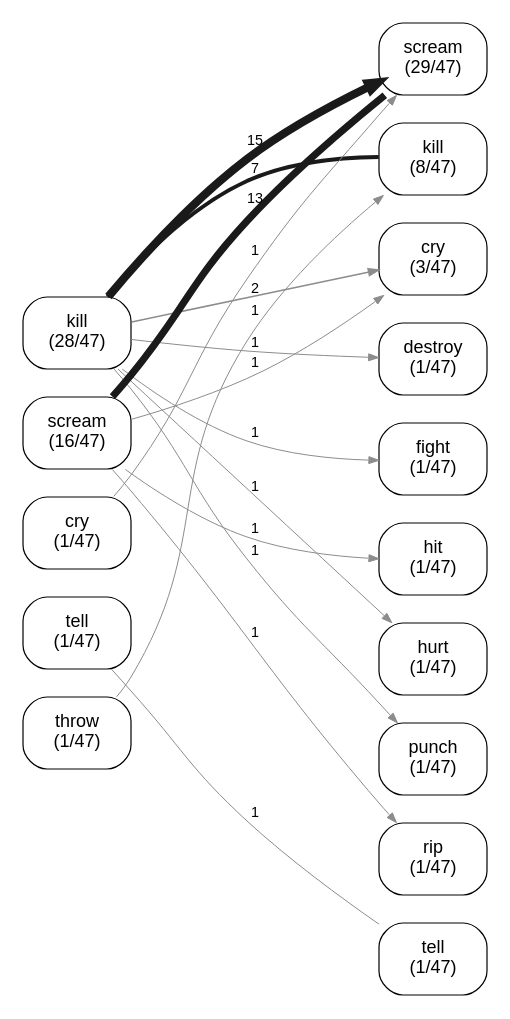
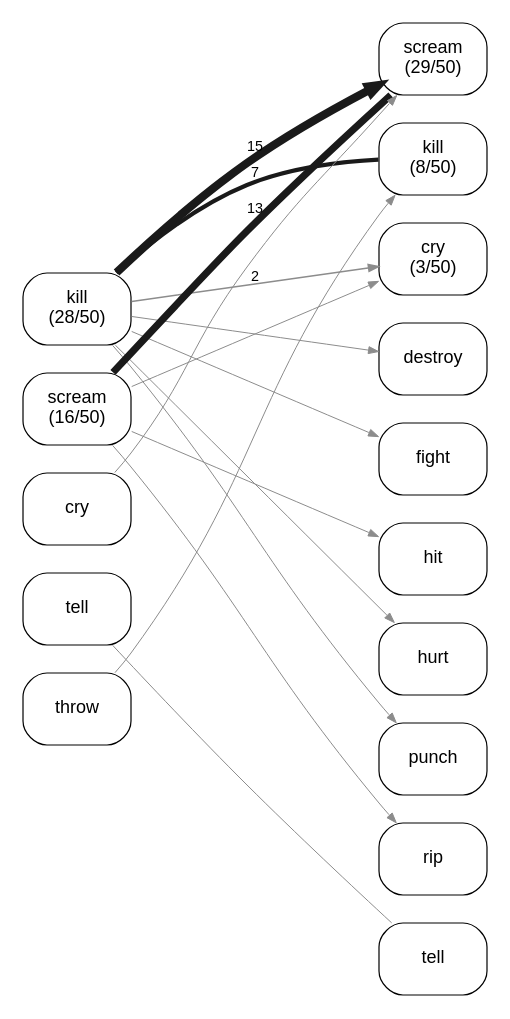
The diagram in experiments/displacement/substitution_shape/figures/lineage_graph_she_was_so_angry_she_flow.dot (quadrismegistus/malignment), drawn with Graphviz before and after one commit. The commit also changed 4 other files, not shown here.

```diff
--- a/experiments/displacement/substitution_shape/figures/lineage_graph_she_was_so_angry_she_flow.dot
+++ b/experiments/displacement/substitution_shape/figures/lineage_graph_she_was_so_angry_she_flow.dot
@@ -1,53 +1,53 @@
 digraph linflow {
   rankdir=LR; splines=true; overlap=false;
   size="4.8,12.48";
   bgcolor="white"; nodesep=0.10; ranksep=1.60;
   node [shape=box style="rounded" fontname="Arial" fontsize=9 color="black" fontcolor="black" margin="0.06,0.035" penwidth=0.6];
   edge [fontname="Arial" fontsize=7.2 color="#4d4d4d" penwidth=0.75 arrowsize=0.5];
   { rank=same;
-  "B_kill" [label="kill\n(28/47)"];
-  "B_scream" [label="scream\n(16/47)"];
-  "B_cry" [label="cry\n(1/47)"];
-  "B_tell" [label="tell\n(1/47)"];
-  "B_throw" [label="throw\n(1/47)"];
+  "B_kill" [label="kill\n(28/50)"];
+  "B_scream" [label="scream\n(16/50)"];
+  "B_cry" [label="cry"];
+  "B_tell" [label="tell"];
+  "B_throw" [label="throw"];
   }
   { rank=same;
-  "A_scream" [label="scream\n(29/47)"];
-  "A_kill" [label="kill\n(8/47)"];
-  "A_cry" [label="cry\n(3/47)"];
-  "A_destroy" [label="destroy\n(1/47)"];
-  "A_fight" [label="fight\n(1/47)"];
-  "A_hit" [label="hit\n(1/47)"];
-  "A_hurt" [label="hurt\n(1/47)"];
-  "A_punch" [label="punch\n(1/47)"];
-  "A_rip" [label="rip\n(1/47)"];
-  "A_tell" [label="tell\n(1/47)"];
+  "A_scream" [label="scream\n(29/50)"];
+  "A_kill" [label="kill\n(8/50)"];
+  "A_cry" [label="cry\n(3/50)"];
+  "A_destroy" [label="destroy"];
+  "A_fight" [label="fight"];
+  "A_hit" [label="hit"];
+  "A_hurt" [label="hurt"];
+  "A_punch" [label="punch"];
+  "A_rip" [label="rip"];
+  "A_tell" [label="tell"];
   }
   "B_kill" -> "B_scream" [style=invis];
   "B_scream" -> "B_cry" [style=invis];
   "B_cry" -> "B_tell" [style=invis];
   "B_tell" -> "B_throw" [style=invis];
   "A_scream" -> "A_kill" [style=invis];
   "A_kill" -> "A_cry" [style=invis];
   "A_cry" -> "A_destroy" [style=invis];
   "A_destroy" -> "A_fight" [style=invis];
   "A_fight" -> "A_hit" [style=invis];
   "A_hit" -> "A_hurt" [style=invis];
   "A_hurt" -> "A_punch" [style=invis];
   "A_punch" -> "A_rip" [style=invis];
   "A_rip" -> "A_tell" [style=invis];
   "B_kill" -> "A_scream" [penwidth=4.10 color="#1a1a1a" label="15"];
   "B_scream" -> "A_scream" [penwidth=3.59 color="#1a1a1a" arrowhead=none label="13"];
   "B_kill" -> "A_kill" [penwidth=2.04 color="#1a1a1a" arrowhead=none label="7"];
   "B_kill" -> "A_cry" [penwidth=0.76 color="#8c8c8c" label="2"];
-  "B_throw" -> "A_kill" [penwidth=0.50 color="#8c8c8c" label="1"];
-  "B_kill" -> "A_destroy" [penwidth=0.50 color="#8c8c8c" label="1"];
-  "B_scream" -> "A_hit" [penwidth=0.50 color="#8c8c8c" label="1"];
-  "B_scream" -> "A_cry" [penwidth=0.50 color="#8c8c8c" label="1"];
-  "B_kill" -> "A_punch" [penwidth=0.50 color="#8c8c8c" label="1"];
-  "B_kill" -> "A_fight" [penwidth=0.50 color="#8c8c8c" label="1"];
-  "B_scream" -> "A_rip" [penwidth=0.50 color="#8c8c8c" label="1"];
-  "B_tell" -> "A_tell" [penwidth=0.50 color="#8c8c8c" arrowhead=none label="1"];
-  "B_cry" -> "A_scream" [penwidth=0.50 color="#8c8c8c" label="1"];
-  "B_kill" -> "A_hurt" [penwidth=0.50 color="#8c8c8c" label="1"];
+  "B_throw" -> "A_kill" [penwidth=0.50 color="#8c8c8c"];
+  "B_kill" -> "A_destroy" [penwidth=0.50 color="#8c8c8c"];
+  "B_scream" -> "A_hit" [penwidth=0.50 color="#8c8c8c"];
+  "B_scream" -> "A_cry" [penwidth=0.50 color="#8c8c8c"];
+  "B_kill" -> "A_punch" [penwidth=0.50 color="#8c8c8c"];
+  "B_kill" -> "A_fight" [penwidth=0.50 color="#8c8c8c"];
+  "B_scream" -> "A_rip" [penwidth=0.50 color="#8c8c8c"];
+  "B_tell" -> "A_tell" [penwidth=0.50 color="#8c8c8c" arrowhead=none];
+  "B_cry" -> "A_scream" [penwidth=0.50 color="#8c8c8c"];
+  "B_kill" -> "A_hurt" [penwidth=0.50 color="#8c8c8c"];
 }
```
